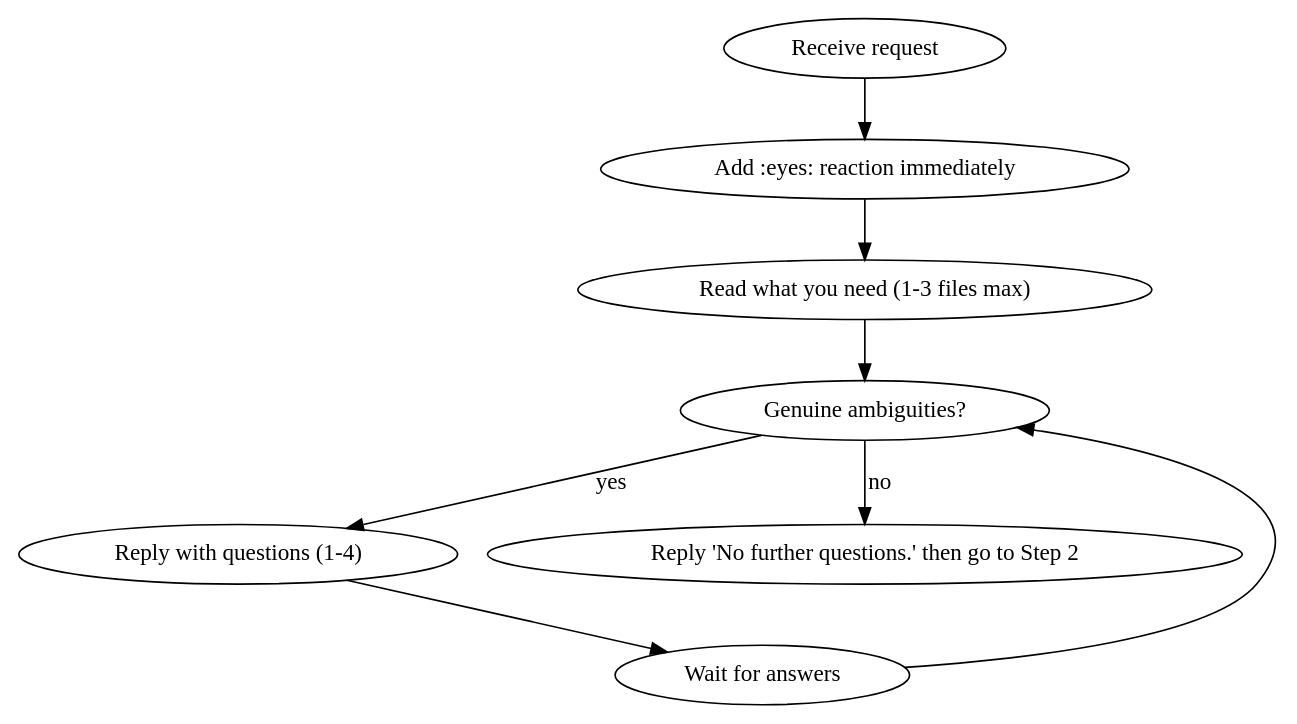
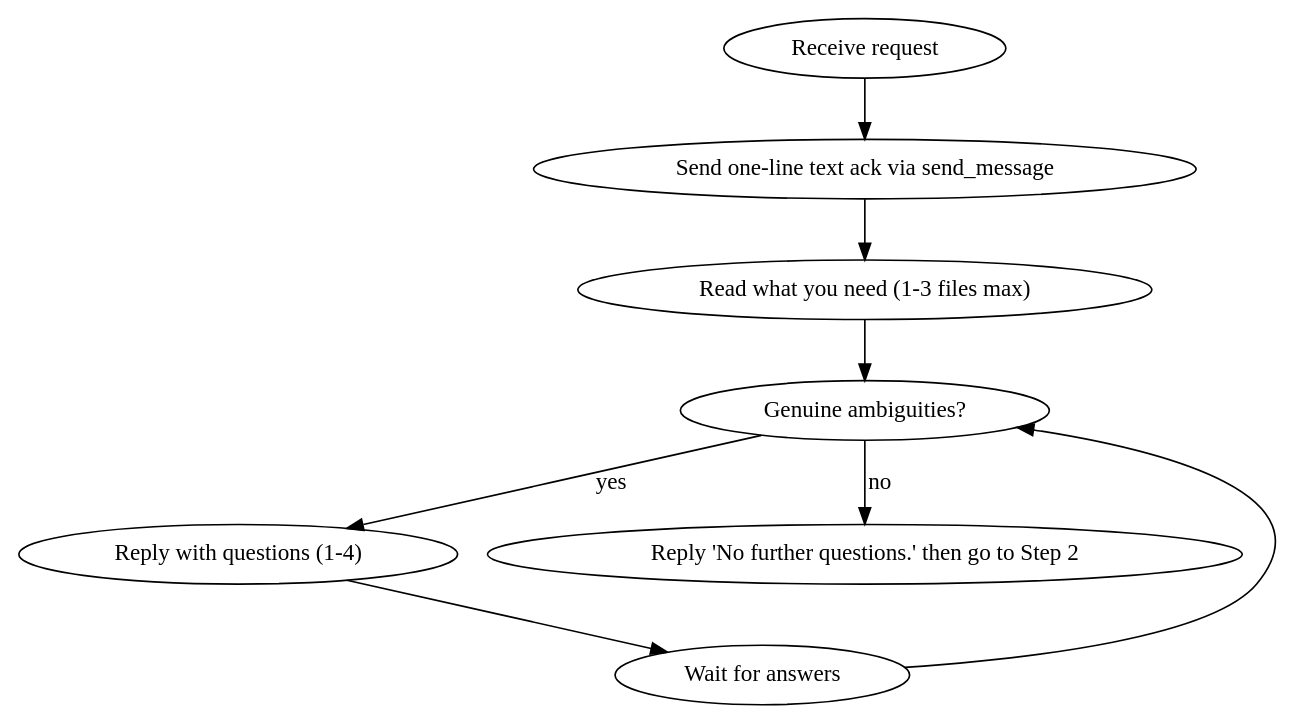
One commit to vatedge-com/nano-agents changed the diagram in container/skills/new-feature-workflow/SKILL.md. Above: the diagram before and after it, drawn with Graphviz. The commit also changed other lines of this file and 4 other files, not shown here.

First line of the commit message:
agent-runner: silent-turn detection + send_message ack (replace 👀 reaction)

````diff
--- a/container/skills/new-feature-workflow/SKILL.md
+++ b/container/skills/new-feature-workflow/SKILL.md
@@ -24,11 +24,11 @@
 ```dot
 digraph clarify {
-    "Receive request" -> "Add :eyes: reaction immediately";
-    "Add :eyes: reaction immediately" -> "Read what you need (1-3 files max)";
+    "Receive request" -> "Send one-line text ack via send_message";
+    "Send one-line text ack via send_message" -> "Read what you need (1-3 files max)";
     "Read what you need (1-3 files max)" -> "Genuine ambiguities?";
     "Genuine ambiguities?" -> "Reply with questions (1-4)" [label="yes"];
     "Genuine ambiguities?" -> "Reply 'No further questions.' then go to Step 2" [label="no"];
     "Reply with questions (1-4)" -> "Wait for answers";
     "Wait for answers" -> "Genuine ambiguities?";
 }
 ```
````
